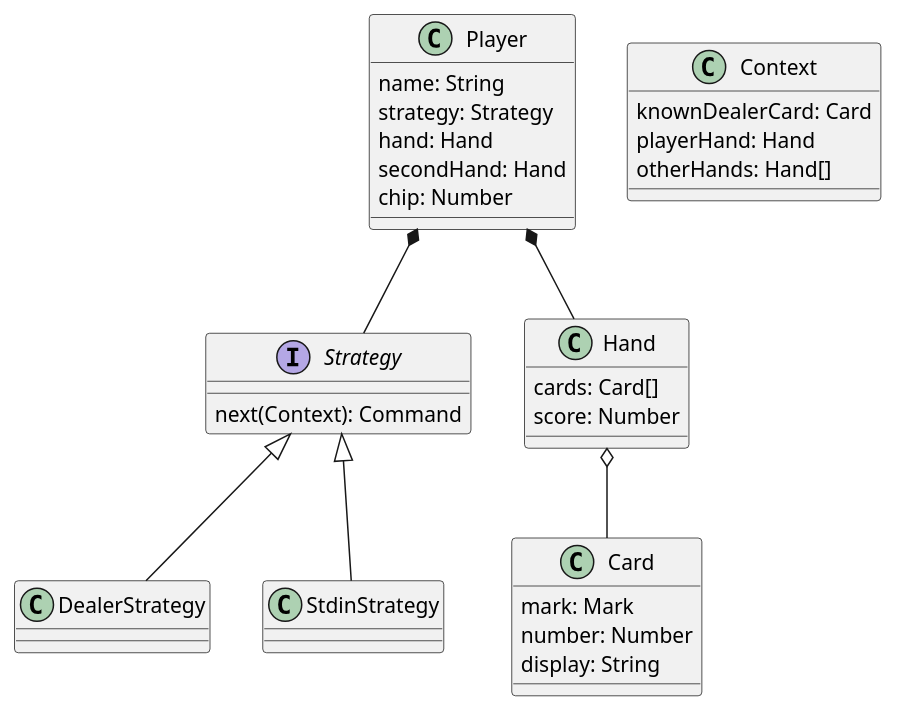
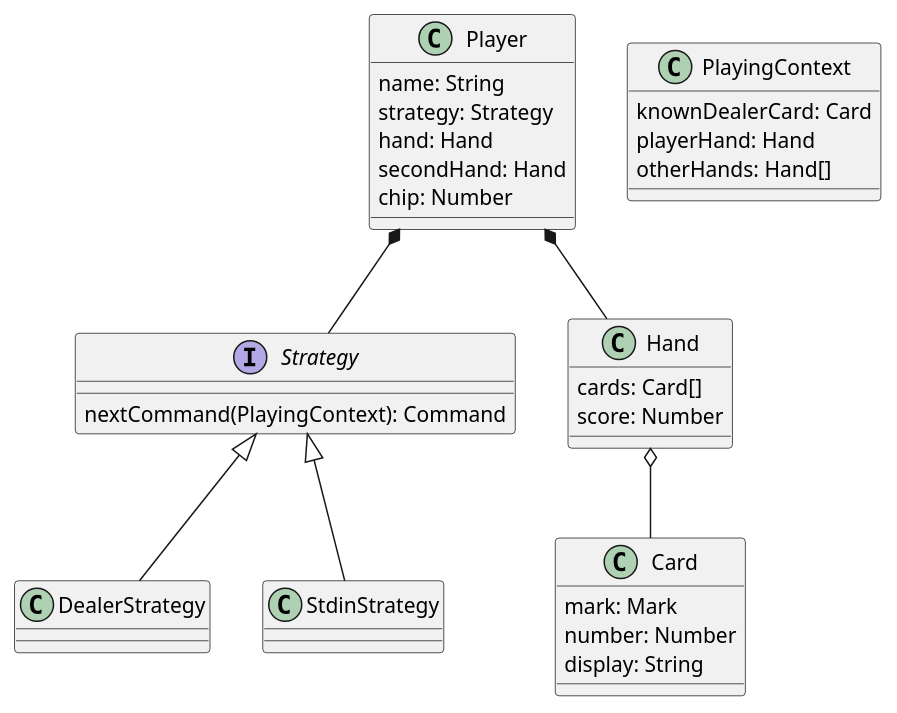
Before and after one commit to lettas/blackjack: the diagram in class-diagrams.plantuml, drawn with PlantUML.

Commit message:
Contextをもっと説明しよう

```diff
--- a/class-diagrams.plantuml
+++ b/class-diagrams.plantuml
@@ -1,37 +1,37 @@
 @startuml Blackjack
 
 class Player {
     name: String
     strategy: Strategy
     hand: Hand
     secondHand: Hand
     chip: Number
 }
 Player *-- Strategy
 Player *-- Hand
 
 interface Strategy {
-    next(Context): Command
+    nextCommand(PlayingContext): Command
 }
 Strategy <|-- DealerStrategy
 Strategy <|-- StdinStrategy
 
 class Hand {
     cards: Card[]
     score: Number
 }
 Hand o-- Card
 
 class Card {
     mark: Mark
     number: Number
     display: String
 }
 
-class Context {
+class PlayingContext {
     knownDealerCard: Card
     playerHand: Hand
     otherHands: Hand[]
 }
 
 @enduml
```
